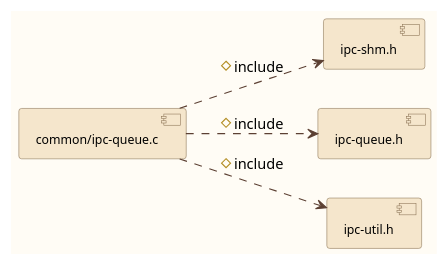
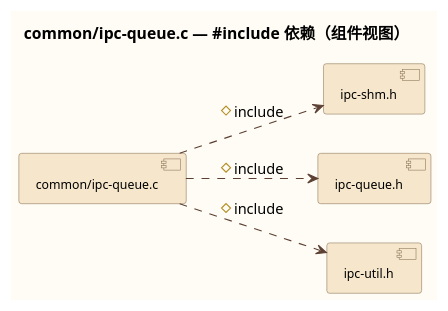
One commit to Mastang1/sad_sdd_proj changed the diagram in c1_sdd_linux-ipcs/cursor_tmp/files_32_umls/3_2_2.puml. Above: the diagram before and after it, drawn with PlantUML. The commit also changed 208 other files, not shown here.

```diff
--- a/c1_sdd_linux-ipcs/cursor_tmp/files_32_umls/3_2_2.puml
+++ b/c1_sdd_linux-ipcs/cursor_tmp/files_32_umls/3_2_2.puml
@@ -1,25 +1,26 @@
 @startuml
 skinparam backgroundColor #FFFCF5
 skinparam component {
   BackgroundColor #F5E6CC
   BorderColor #8B7355
   FontSize 11
 }
 skinparam package {
   BackgroundColor #FAF0E0
   BorderColor #A08060
 }
 skinparam arrowColor #5C4033
 skinparam note {
   BackgroundColor #FFF8E8
   BorderColor #B89968
 }
 left to right direction
+title common/ipc-queue.c — #include 依赖（组件视图）
 component [common/ipc-queue.c] as SRC
 component [ipc-shm.h] as H0
 component [ipc-queue.h] as H1
 component [ipc-util.h] as H2
 SRC ..> H0 : #include
 SRC ..> H1 : #include
 SRC ..> H2 : #include
 @enduml
```
